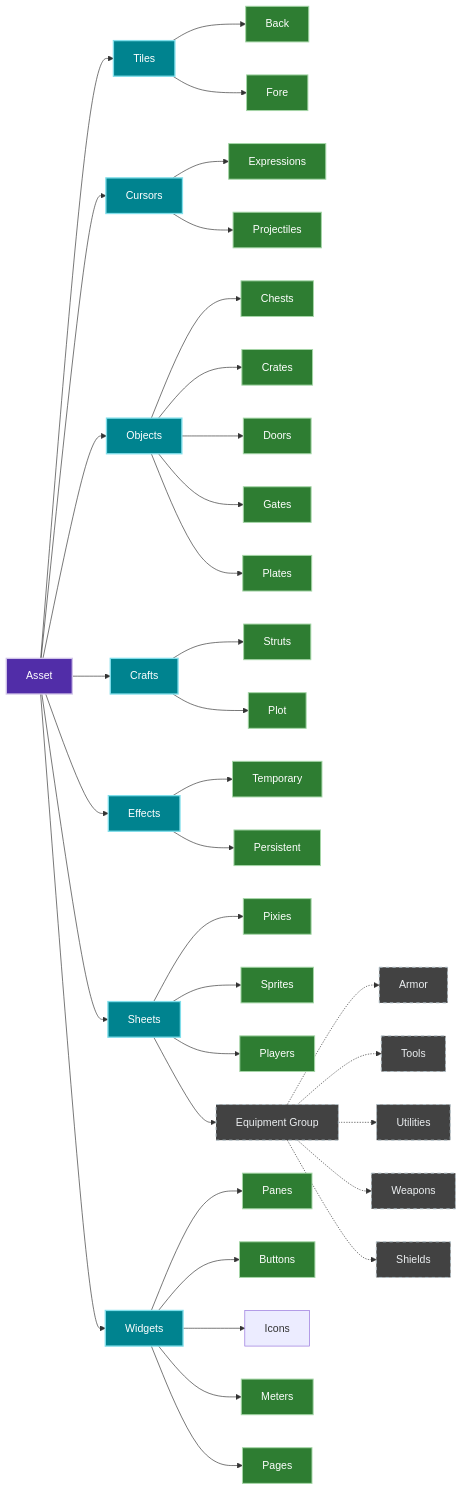
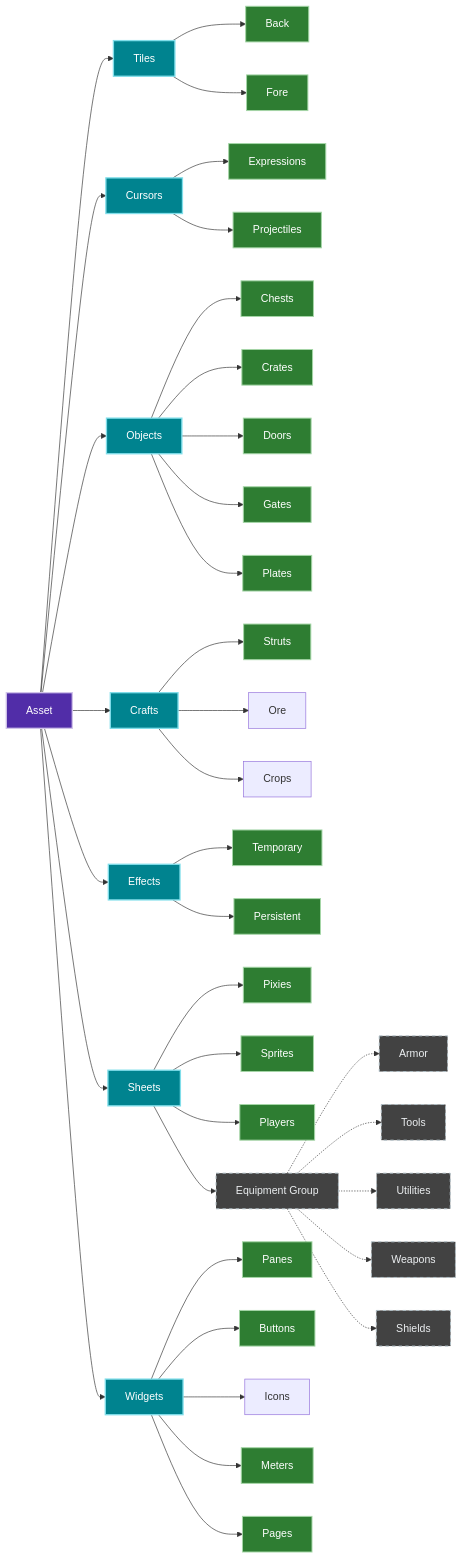
Before and after one commit to chinchalinchin/ontology: the diagram in docs/static/mmd/asset-hierarchy.mmd, drawn with Mermaid. The commit also changed 8 other files, not shown here.

```diff
--- a/docs/static/mmd/asset-hierarchy.mmd
+++ b/docs/static/mmd/asset-hierarchy.mmd
@@ -1,65 +1,66 @@
 graph LR
     %% Base
     Asset[Asset]
 
     %% Categories
     Asset --> Tiles[Tiles]
     Asset --> Cursors[Cursors]
     Asset --> Objects[Objects]
     Asset --> Crafts[Crafts]
     Asset --> Effects[Effects]
     Asset --> Sheets[Sheets]
     Asset --> Widgets[Widgets]
 
     %% Tile Instances
     Tiles --> Back[Back]
     Tiles --> Fore[Fore]
 
     %% Cursor Instances
     Cursors --> Expressions[Expressions]
     Cursors --> Projectiles[Projectiles]
 
     %% Object Instances
     Objects --> Chests[Chests]
     Objects --> Crates[Crates]
     Objects --> Doors[Doors]
     Objects --> Gates[Gates]
     Objects --> Plates[Plates]
 
     %% Craft Instances
     Crafts --> Struts[Struts]
-    Crafts --> Plots[Plot]
+    Crafts --> Ore[Ore]
+    Crafts --> Crops[Crops]
 
     %% Effect Instances
     Effects --> Temporary[Temporary]
     Effects --> Persistent[Persistent]
 
     %% Sheet Instances & Sub-groups
     Sheets --> Pixies[Pixies]
     Sheets --> Sprites[Sprites]
     Sheets --> Players[Players]
     Sheets --> Equipment[Equipment Group]
 
     Equipment -.-> Armor[Armor]
     Equipment -.-> Tools[Tools]
     Equipment -.-> Utilities[Utilities]
     Equipment -.-> Weapons[Weapons]
     Equipment -.-> Shields[Shields]
 
     %% Widget Instances
     Widgets --> Panes[Panes]
     Widgets --> Buttons[Buttons]
     Widgets --> Icons[Icons]
     Widgets --> Meters[Meters]
     Widgets --> Pages[Pages]
 
     %% Styling (Material Design Slate/Dark Surface with WCAG AAA High-Contrast Text)
     classDef base fill:#512da8,stroke:#d1c4e9,stroke-width:2px,color:#ffffff;
     classDef category fill:#00838f,stroke:#80deea,stroke-width:2px,color:#ffffff;
     classDef instance fill:#2e7d32,stroke:#a5d6a7,stroke-width:1.5px,color:#ffffff;
     classDef virtual fill:#424242,stroke:#b0bec5,stroke-width:1.5px,stroke-dasharray: 5 5,color:#eceff1;
 
     class Asset base;
     class Tiles,Cursors,Objects,Crafts,Effects,Sheets,Widgets category;
     class Back,Fore,Expressions,Projectiles,Chests,Crates,Doors,Gates,Plates,Struts,Plots,Temporary,Persistent,Pixies,Sprites,Players,Panes,Buttons,Languages,Meters,Pages instance;
     class Equipment,Armor,Tools,Utilities,Weapons,Shields virtual;
```
